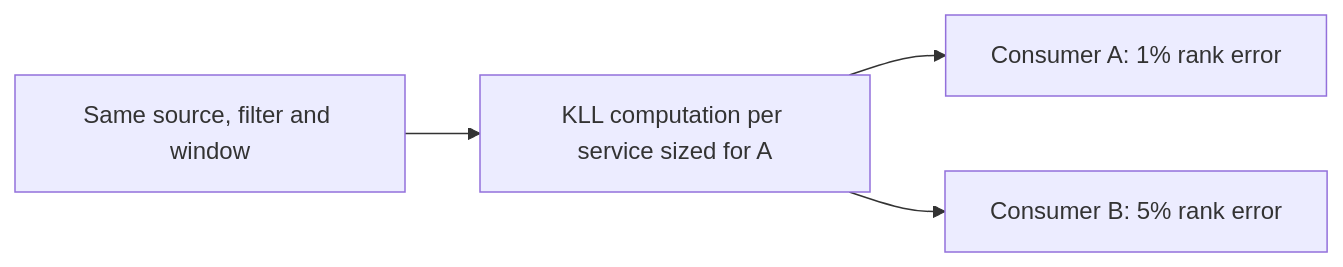
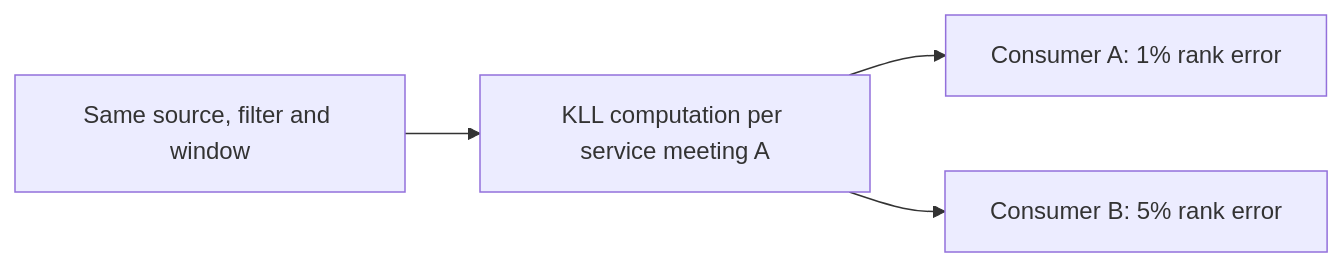
One commit to ProjectASAP/ASAPPlanner changed the second of 2 diagrams in docs/design_docs/concepts/accuracy-models.md. Above: the diagram before and after it, drawn with Mermaid. The commit also changed other lines of this file and 2 other files, not shown here.

````diff
--- a/docs/design_docs/concepts/accuracy-models.md
+++ b/docs/design_docs/concepts/accuracy-models.md
@@ -373,6 +360,6 @@
 ```mermaid
 flowchart LR
-    Input[Same source, filter and window] --> Shared[KLL computation per service sized for A]
+    Input[Same source, filter and window] --> Shared[KLL computation per service meeting A]
     Shared --> A[Consumer A: 1% rank error]
     Shared --> B[Consumer B: 5% rank error]
 ```
````
